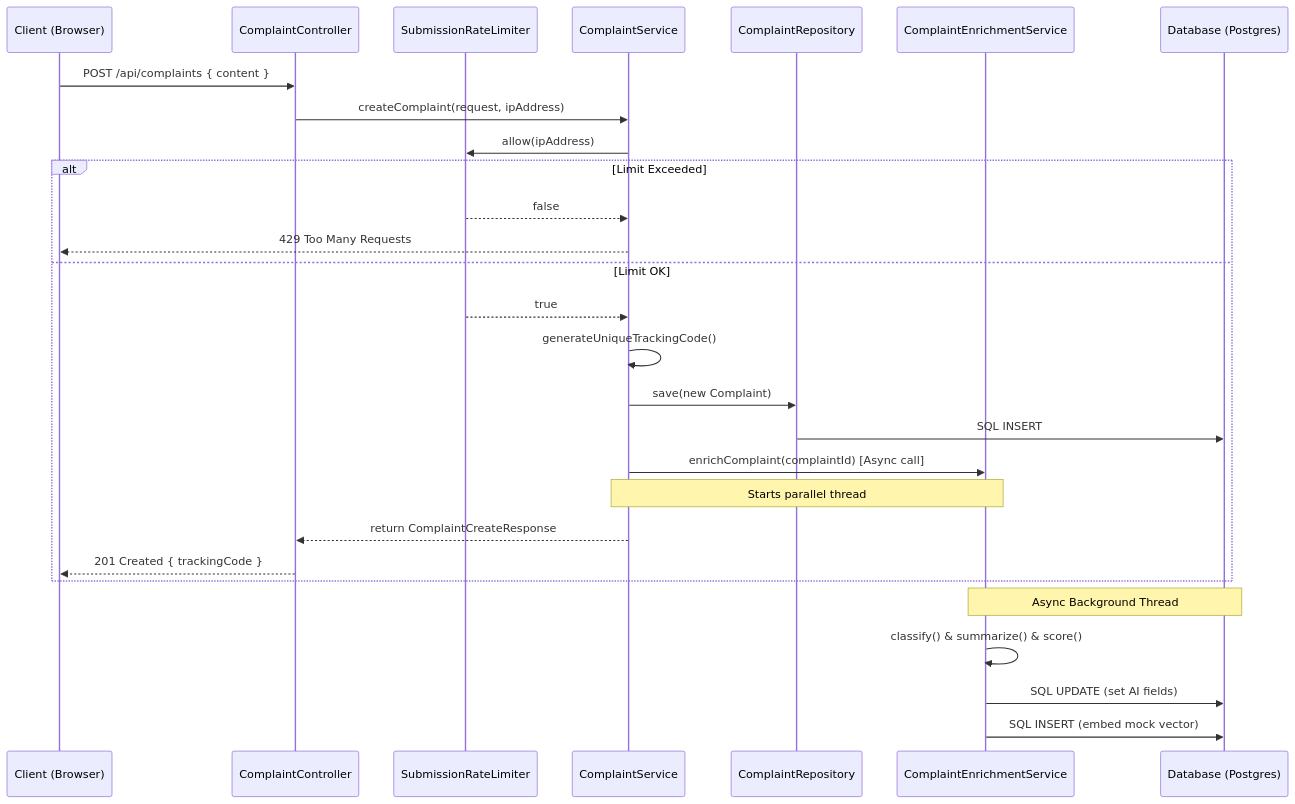
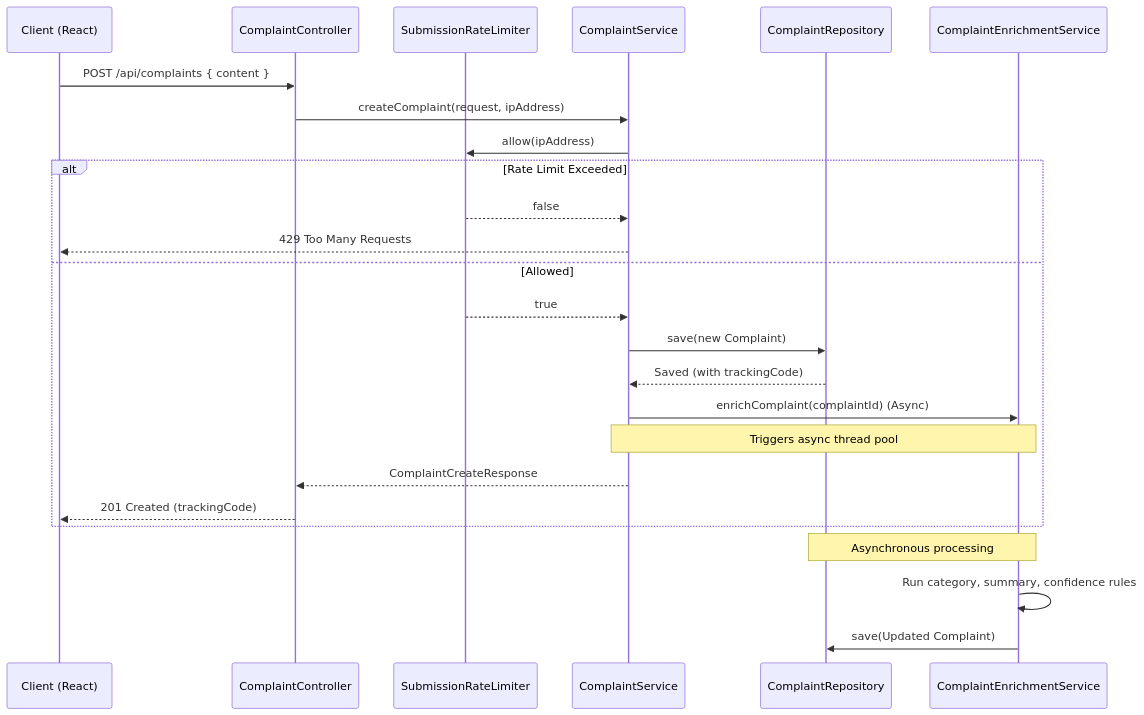
One commit to kollisaicharanreddy/VoiceOut changed the second of 3 diagrams in docs/backend_explanation.md. Above: the diagram before and after it, drawn with Mermaid. The commit also changed other lines of this file and 12 other files, not shown here.

````diff
--- a/docs/backend_explanation.md
+++ b/docs/backend_explanation.md
@@ -151,32 +367,30 @@
 ```mermaid
 sequenceDiagram
-    participant C as Client (Browser)
+    participant Client as Client (React)
     participant Ctrl as ComplaintController
     participant Limiter as SubmissionRateLimiter
     participant Svc as ComplaintService
     participant Repo as ComplaintRepository
     participant Enrich as ComplaintEnrichmentService
-    participant DB as Database (Postgres)
-
-    C ->> Ctrl: POST /api/complaints { content }
+    
+    Client ->> Ctrl: POST /api/complaints { content }
     Ctrl ->> Svc: createComplaint(request, ipAddress)
     Svc ->> Limiter: allow(ipAddress)
-    alt Limit Exceeded
+    
+    alt Rate Limit Exceeded
         Limiter -->> Svc: false
-        Svc -->> C: 429 Too Many Requests
-    else Limit OK
+        Svc -->> Client: 429 Too Many Requests
+    else Allowed
         Limiter -->> Svc: true
-        Svc ->> Svc: generateUniqueTrackingCode()
         Svc ->> Repo: save(new Complaint)
-        Repo ->> DB: SQL INSERT
-        Svc ->> Enrich: enrichComplaint(complaintId) [Async call]
-        Note over Svc, Enrich: Starts parallel thread
-        Svc -->> Ctrl: return ComplaintCreateResponse
-        Ctrl -->> C: 201 Created { trackingCode }
+        Repo -->> Svc: Saved (with trackingCode)
+        Svc ->> Enrich: enrichComplaint(complaintId) (Async)
+        Note over Svc, Enrich: Triggers async thread pool
+        Svc -->> Ctrl: ComplaintCreateResponse
+        Ctrl -->> Client: 201 Created (trackingCode)
     end
-
-    Note over Enrich, DB: Async Background Thread
-    Enrich ->> Enrich: classify() & summarize() & score()
-    Enrich ->> DB: SQL UPDATE (set AI fields)
-    Enrich ->> DB: SQL INSERT (embed mock vector)
+    
+    Note over Enrich, Repo: Asynchronous processing
+    Enrich ->> Enrich: Run category, summary, confidence rules
+    Enrich ->> Repo: save(Updated Complaint)
 ```
````
